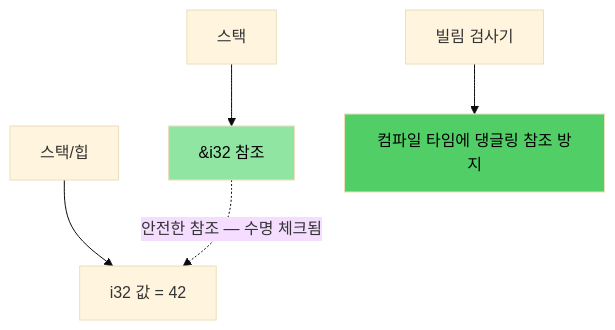
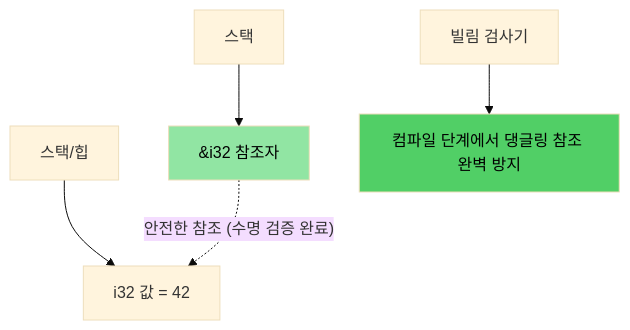
Before and after one commit to partrita/RustTraining: the second of 4 diagrams in c-cpp-book/src/ch01-introduction-and-motivation.md, drawn with Mermaid (base theme). The commit also changed other lines of this file and 157 other files, not shown here.

````diff
--- a/c-cpp-book/src/ch01-introduction-and-motivation.md
+++ b/c-cpp-book/src/ch01-introduction-and-motivation.md
@@ -118,10 +118,10 @@
 ```mermaid
 graph TD
-    RM1[스택] --> RP1["&i32 참조"]
+    RM1[스택] --> RP1["&i32 참조자"]
     RM2[스택/힙] --> RV1["i32 값 = 42"]
-    RP1 -.->|"안전한 참조 — 수명 체크됨"| RV1
-    RM3[빌림 검사기] --> RC1["컴파일 타임에 댕글링 참조 방지"]
+    RP1 -.->|"안전한 참조 (수명 검증 완료)"| RV1
+    RM3[빌림 검사기] --> RC1["컴파일 단계에서 댕글링 참조 완벽 방지"]
     
     style RC1 fill:#51cf66,color:#000
     style RP1 fill:#91e5a3,color:#000
 ```
````
